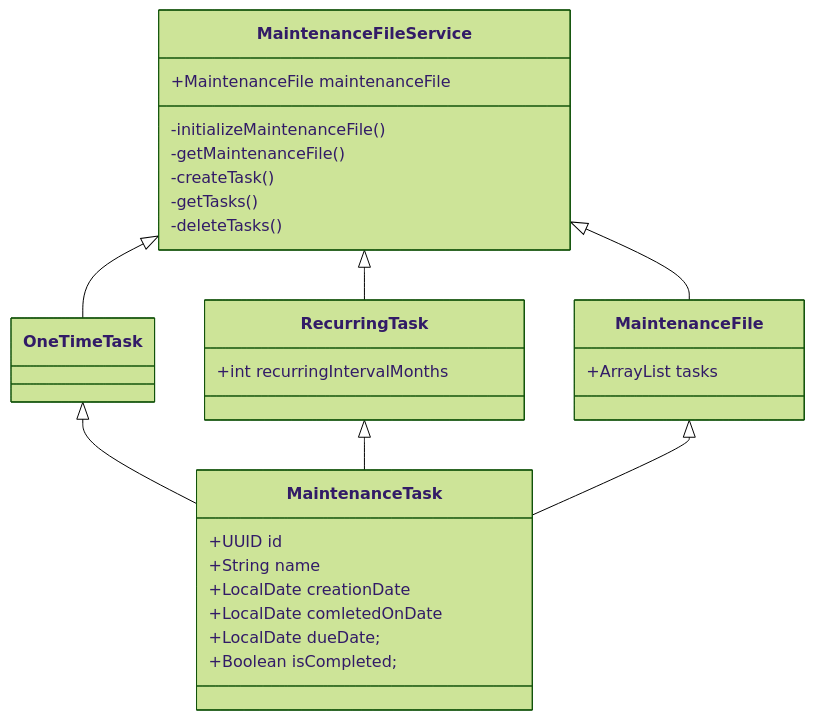
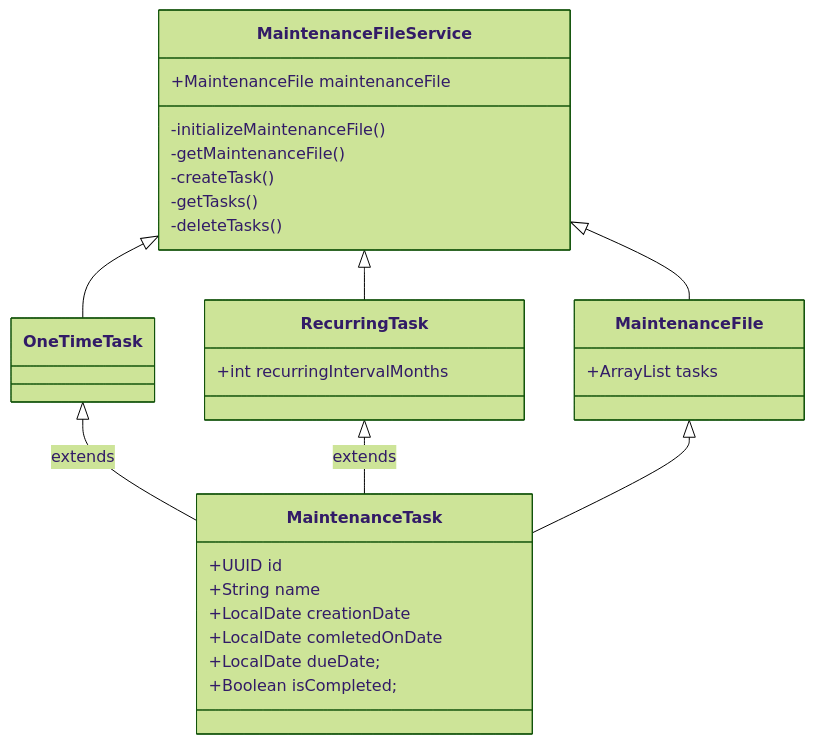
One commit to Zatyri/OhTu changed the diagram in dokumentaatio/arkkitehtuuri.md. Above: the diagram before and after it, drawn with Mermaid (forest theme).

````diff
--- a/dokumentaatio/arkkitehtuuri.md
+++ b/dokumentaatio/arkkitehtuuri.md
@@ -3,32 +3,32 @@
 ```mermaid
 classDiagram
 	MaintenanceFileService <|-- MaintenanceFile
 	MaintenanceFileService <|-- OneTimeTask
 	MaintenanceFileService <|-- RecurringTask
-	OneTimeTask <|-- MaintenanceTask
-	RecurringTask <|-- MaintenanceTask
+	OneTimeTask <|-- MaintenanceTask : extends
+	RecurringTask <|-- MaintenanceTask : extends
 	MaintenanceFile <|-- MaintenanceTask
 	class MaintenanceFile{
 		+ArrayList<MaintenanceTask> tasks
 		}
 	class MaintenanceTask{
 		+UUID id
 		+String name
 		+LocalDate creationDate
 		+LocalDate comletedOnDate
 		+LocalDate dueDate;
 		+Boolean isCompleted;
 		}
 	class RecurringTask{
 		+int recurringIntervalMonths
 		}
 	class MaintenanceFileService{
 		+MaintenanceFile maintenanceFile
 		-initializeMaintenanceFile()
 		-getMaintenanceFile()
 		-createTask()
 		-getTasks()
 		-deleteTasks()
 		}
 
 ```
````
